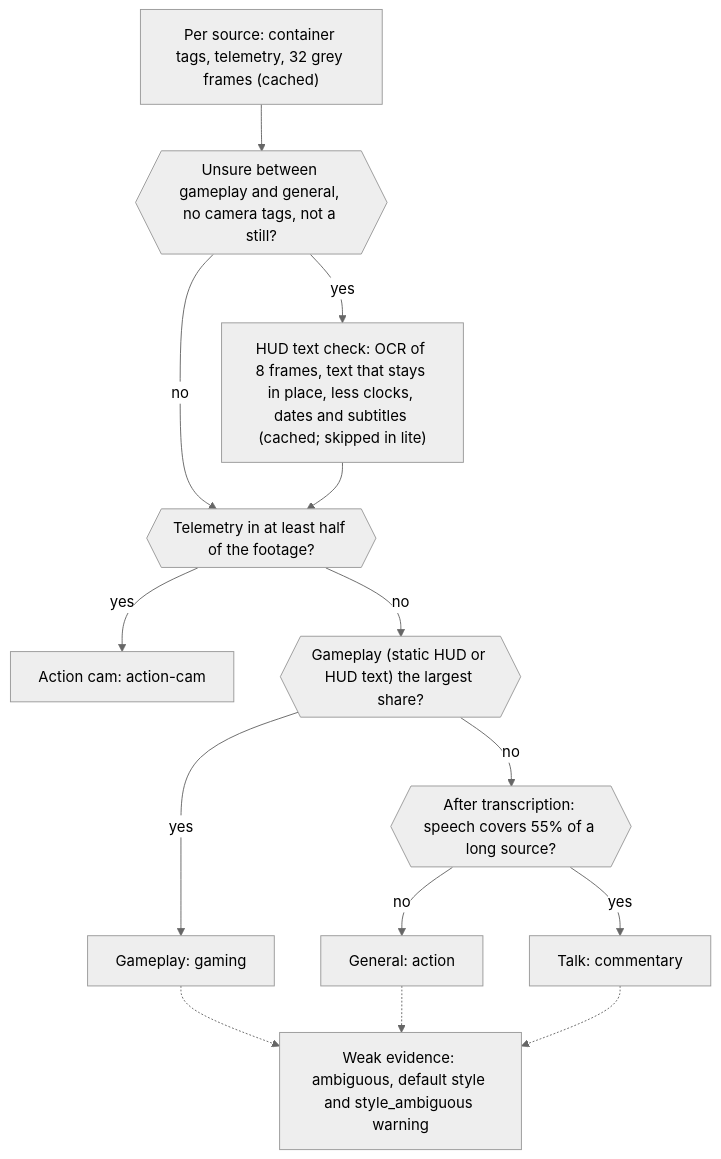
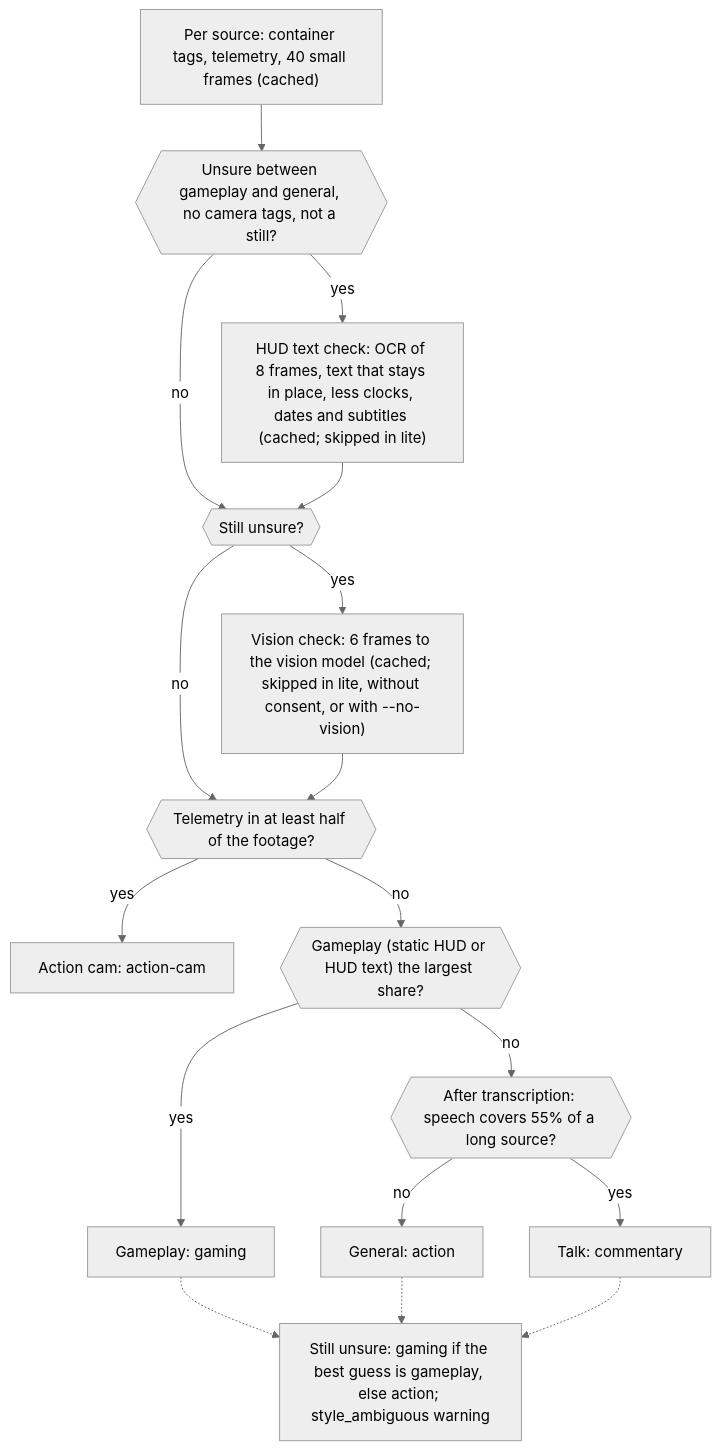
The third of 3 diagrams in docs/pipeline.md (FerventOrange/cutpoint), drawn with Mermaid (neutral theme) before and after one commit. The commit also changed other lines of this file and 4 other files, not shown here.

Commit message:
docs/category : document vision detection, category-v3 cache and the unsure fallback

````diff
--- a/docs/pipeline.md
+++ b/docs/pipeline.md
@@ -101,19 +101,22 @@
 ```mermaid
 flowchart TD
-    P["Per source: container tags, telemetry, 32 grey frames (cached)"]
+    P["Per source: container tags, telemetry, 40 small frames (cached)"]
     P --> U{{"Unsure between gameplay and general, no camera tags, not a still?"}}
     U -->|yes| OCR["HUD text check: OCR of 8 frames, text that stays in place, less clocks, dates and subtitles (cached; skipped in lite)"]
-    U -->|no| T
-    OCR --> T
+    U -->|no| V
+    OCR --> V{{"Still unsure?"}}
+    V -->|yes| VIS["Vision check: 6 frames to the vision model (cached; skipped in lite, without consent, or with --no-vision)"]
+    V -->|no| T
+    VIS --> T
     T{{"Telemetry in at least half of the footage?"}}
     T -->|yes| AC["Action cam: action-cam"]
     T -->|no| G{{"Gameplay (static HUD or HUD text) the largest share?"}}
     G -->|yes| GP["Gameplay: gaming"]
     G -->|no| S{{"After transcription: speech covers 55% of a long source?"}}
     S -->|yes| TK["Talk: commentary"]
     S -->|no| GE["General: action"]
-    AMB["Weak evidence: ambiguous, default style and style_ambiguous warning"]
+    AMB["Still unsure: gaming if the best guess is gameplay, else action; style_ambiguous warning"]
     GP -.-> AMB
     GE -.-> AMB
     TK -.-> AMB
 ```
````
